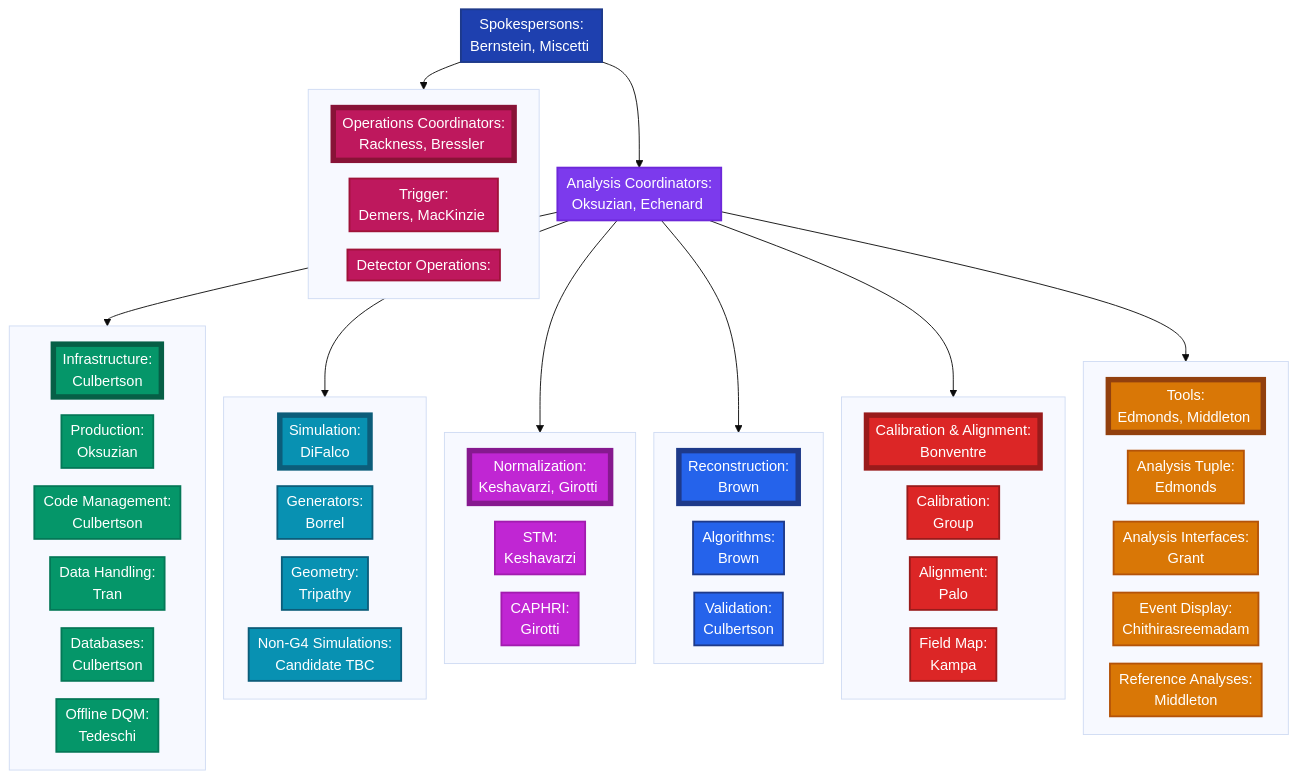
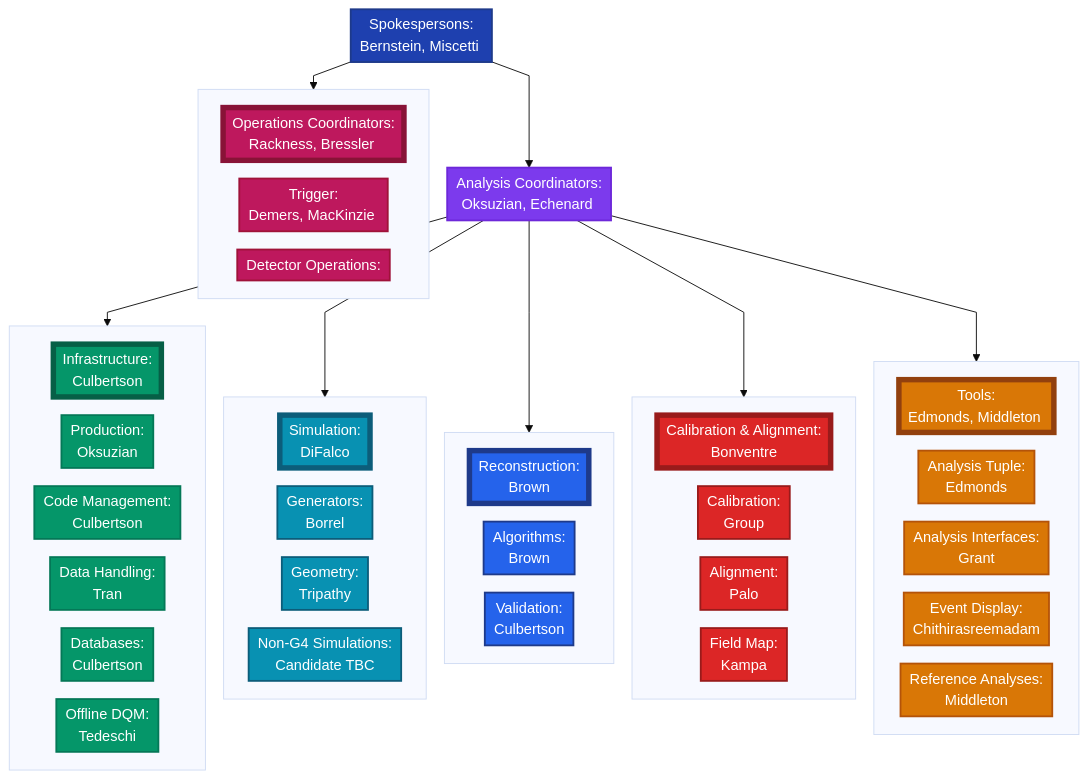
Before and after one commit to Mu2e/prodtools: the diagram in docs/Mu2e_Analysis_Computing_Organization_2025-12_diagram.md, drawn with Mermaid. The commit also changed 1 other file, not shown here.

Commit message:
Update diagram: remove Normalization group, change arrows to straight lines

````diff
--- a/docs/Mu2e_Analysis_Computing_Organization_2025-12_diagram.md
+++ b/docs/Mu2e_Analysis_Computing_Organization_2025-12_diagram.md
@@ -1,5 +1,5 @@
 ```mermaid
-%%{init: { 'theme': 'base', 'flowchart': { 'htmlLabels': true, 'nodeSpacing': 20, 'rankSpacing': 30, 'padding': 5, 'useMaxWidth': false, 'curve': 'basis' }, 'securityLevel': 'loose' } }%%
+%%{init: { 'theme': 'base', 'flowchart': { 'htmlLabels': true, 'nodeSpacing': 20, 'rankSpacing': 30, 'padding': 5, 'useMaxWidth': false, 'curve': 'linear' }, 'securityLevel': 'loose' } }%%
 graph TD
     SPK[Spokespersons:<br/>Bernstein, Miscetti&nbsp;]
     
@@ -7,7 +7,6 @@
     
     AC --> INFGROUP
     AC --> SIMGROUP
-    AC --> NORMGROUP
     AC --> RECOGROUP
     AC --> CALGROUP
     AC --> TOOLSGROUP
@@ -27,12 +26,6 @@
         GEN[Generators:<br/>Borrel]
         GEOM[Geometry:<br/>Tripathy]
         NONG4[Non-G4 Simulations:<br/>Candidate TBC]
-    end
-    
-    subgraph NORMGROUP[" "]
-        NORM[Normalization:<br/>Keshavarzi, Girotti&nbsp;]
-        STM[STM:<br/>Keshavarzi]
-        CAPHRI[CAPHRI:<br/>Girotti]
     end
     
     subgraph RECOGROUP[" "]
@@ -70,8 +63,6 @@
     classDef infrastructureLeader fill:#059669,stroke:#065F46,stroke-width:6px,color:#fff
     classDef simulation fill:#0891B2,stroke:#0C5D7A,stroke-width:2px,color:#fff
     classDef simulationLeader fill:#0891B2,stroke:#0C5D7A,stroke-width:6px,color:#fff
-    classDef normalization fill:#C026D3,stroke:#A21CAF,stroke-width:2px,color:#fff
-    classDef normalizationLeader fill:#C026D3,stroke:#86198F,stroke-width:6px,color:#fff
     classDef reconstruction fill:#2563EB,stroke:#1E3A8A,stroke-width:2px,color:#fff
     classDef reconstructionLeader fill:#2563EB,stroke:#1E3A8A,stroke-width:6px,color:#fff
     classDef calibration fill:#DC2626,stroke:#991B1B,stroke-width:2px,color:#fff
@@ -89,8 +80,6 @@
     class PROD,CODE,DATA,DB,DQM infrastructure
     class SIM simulationLeader
     class GEN,GEOM,NONG4 simulation
-    class NORM normalizationLeader
-    class STM,CAPHRI normalization
     class RECO reconstructionLeader
     class ALG,VAL reconstruction
     class CAL calibrationLeader
````
